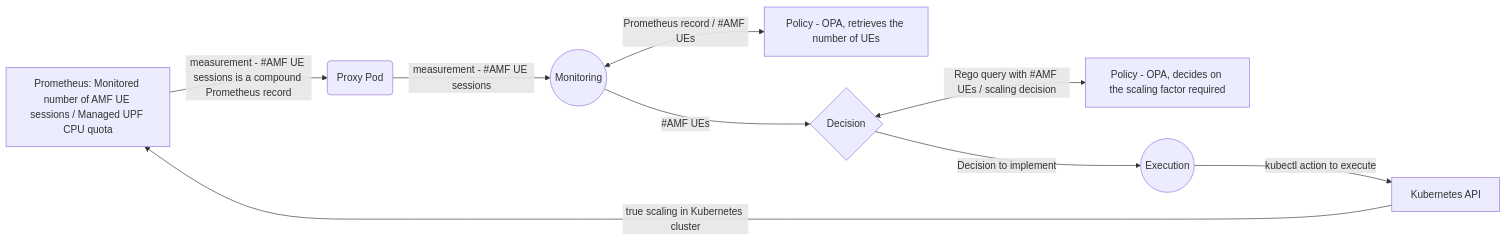
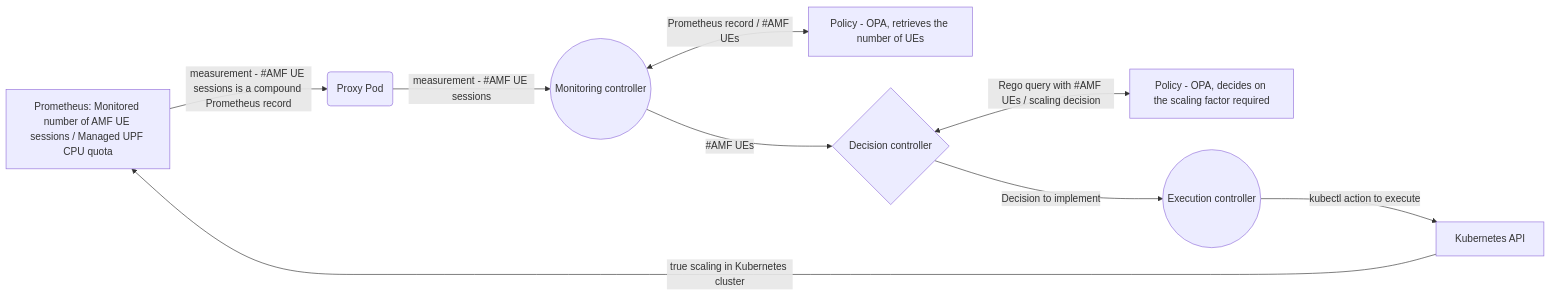
One commit to dbursztynowski/cl_demo changed the diagram in README2.md. Above: the diagram before and after it, drawn with Mermaid.

````diff
--- a/README2.md
+++ b/README2.md
@@ -27,11 +27,11 @@
 ```mermaid
 flowchart LR
 M[Prometheus: Monitored number of AMF UE sessions / Managed UPF CPU quota] -->|measurement - #AMF UE sessions is a compound Prometheus record| X(Proxy Pod)
-X -->|measurement - #AMF UE sessions| A((Monitoring))
+X -->|measurement - #AMF UE sessions| A((Monitoring controller))
 A <-->|Prometheus record / #AMF UEs| P[Policy - OPA, retrieves the number of UEs]
-A -->|#AMF UEs| B{Decision}
+A -->|#AMF UEs| B{Decision controller}
 B <-->|Rego query with #AMF UEs / scaling decision| C[Policy - OPA, decides on the scaling factor required]
-B -->|Decision to implement| D((Execution))
+B -->|Decision to implement| D((Execution controller))
 D -->|kubectl action to execute| K[Kubernetes API]
 K -->|true scaling in Kubernetes cluster| M
 ```
````
